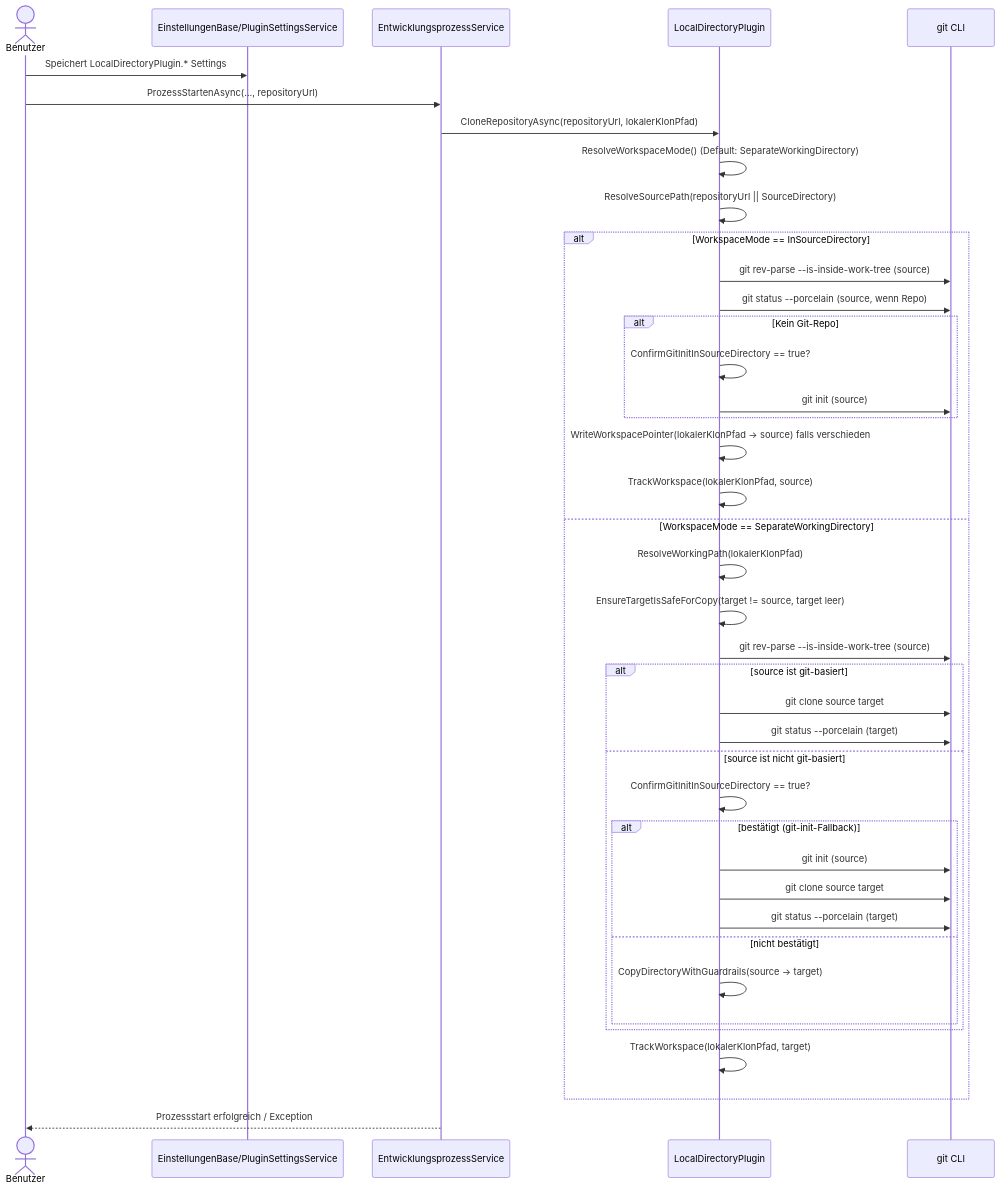
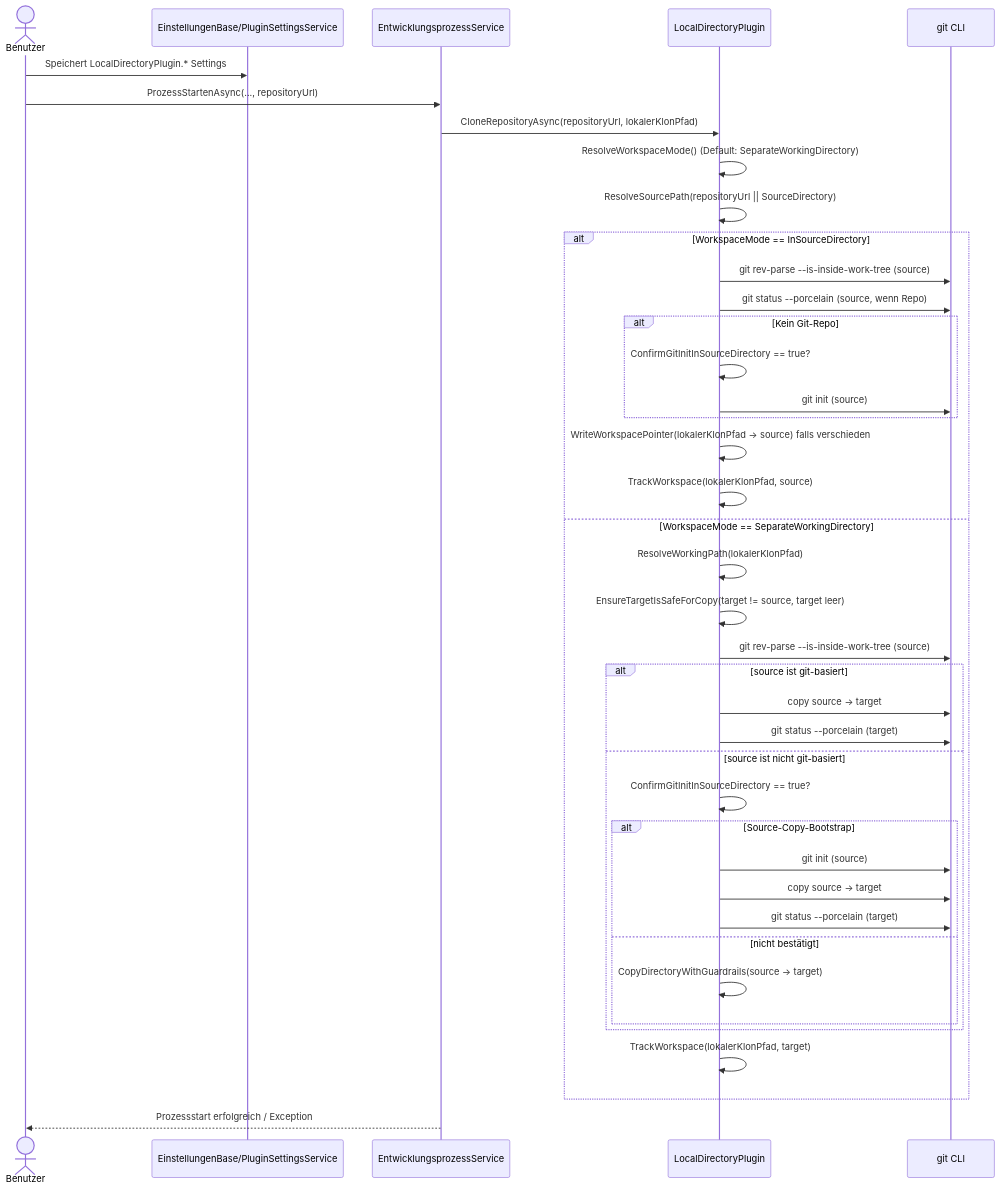
Before and after one commit to martin-stromberg/Softwareschmiede: the first of 4 diagrams in docs/flows/local-directory-plugin-flow.md, drawn with Mermaid. The commit also changed other lines of this file and 55 other files, not shown here.

````diff
--- a/docs/flows/local-directory-plugin-flow.md
+++ b/docs/flows/local-directory-plugin-flow.md
@@ -25,45 +25,45 @@
 ```mermaid
 sequenceDiagram
     actor Benutzer
     participant Einst as EinstellungenBase/PluginSettingsService
     participant Proc as EntwicklungsprozessService
     participant Plugin as LocalDirectoryPlugin
     participant Git as git CLI
 
     Benutzer->>Einst: Speichert LocalDirectoryPlugin.* Settings
     Benutzer->>Proc: ProzessStartenAsync(..., repositoryUrl)
     Proc->>Plugin: CloneRepositoryAsync(repositoryUrl, lokalerKlonPfad)
     Plugin->>Plugin: ResolveWorkspaceMode() (Default: SeparateWorkingDirectory)
     Plugin->>Plugin: ResolveSourcePath(repositoryUrl || SourceDirectory)
 
     alt WorkspaceMode == InSourceDirectory
         Plugin->>Git: git rev-parse --is-inside-work-tree (source)
         Plugin->>Git: git status --porcelain (source, wenn Repo)
         alt Kein Git-Repo
             Plugin->>Plugin: ConfirmGitInitInSourceDirectory == true?
             Plugin->>Git: git init (source)
         end
         Plugin->>Plugin: WriteWorkspacePointer(lokalerKlonPfad -> source) falls verschieden
         Plugin->>Plugin: TrackWorkspace(lokalerKlonPfad, source)
     else WorkspaceMode == SeparateWorkingDirectory
         Plugin->>Plugin: ResolveWorkingPath(lokalerKlonPfad)
         Plugin->>Plugin: EnsureTargetIsSafeForCopy(target != source, target leer)
         Plugin->>Git: git rev-parse --is-inside-work-tree (source)
         alt source ist git-basiert
-            Plugin->>Git: git clone source target
+            Plugin->>Git: copy source -> target
             Plugin->>Git: git status --porcelain (target)
         else source ist nicht git-basiert
             Plugin->>Plugin: ConfirmGitInitInSourceDirectory == true?
-            alt bestätigt (git-init-Fallback)
+            alt Source-Copy-Bootstrap
                 Plugin->>Git: git init (source)
-                Plugin->>Git: git clone source target
+                Plugin->>Git: copy source -> target
                 Plugin->>Git: git status --porcelain (target)
             else nicht bestätigt
                 Plugin->>Plugin: CopyDirectoryWithGuardrails(source -> target)
             end
         end
         Plugin->>Plugin: TrackWorkspace(lokalerKlonPfad, target)
     end
 
     Proc-->>Benutzer: Prozessstart erfolgreich / Exception
 ```
````
